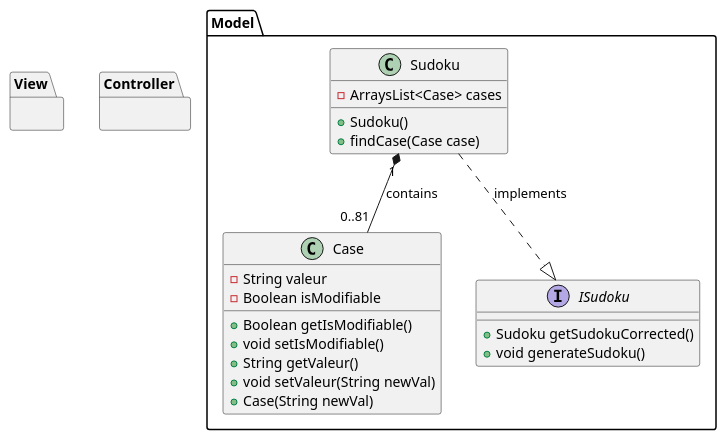
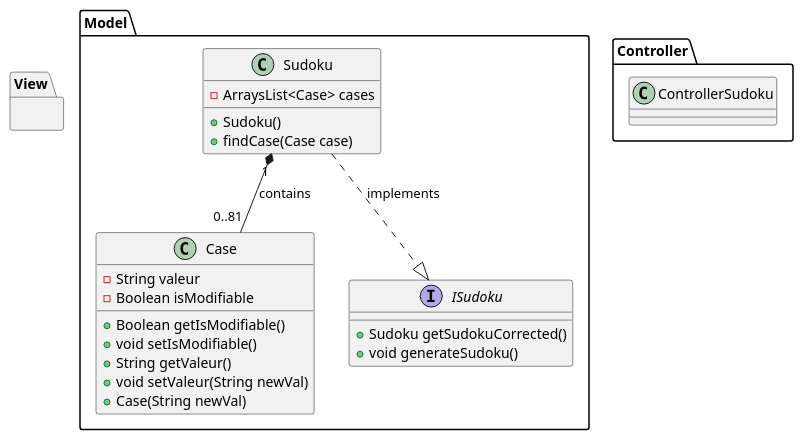
The diagram in UML.puml (tintin491/javaGestionTrain), drawn with PlantUML before and after one commit. The commit also changed 7 other files, not shown here.

Commit message:
Mise à jour architecture

```diff
--- a/UML.puml
+++ b/UML.puml
@@ -1,40 +1,41 @@
 @startuml
 'https://plantuml.com/sequence-diagram
 
 package "Model" {
     class Case{
         -String valeur
         -Boolean isModifiable
         +Boolean getIsModifiable()
         +void setIsModifiable()
         +String getValeur()
         +void setValeur(String newVal)
         +Case(String newVal)
     }
 
     class Sudoku{
         -ArraysList<Case> cases
         +Sudoku()
         +findCase(Case case)
     }
 
     interface ISudoku{
         +Sudoku getSudokuCorrected()
         +void generateSudoku()
     }
 }
 
 package "View"{
 
+
 }
 
 package "Controller"{
-
+    class ControllerSudoku
 }
 
 
 Sudoku "1" *-- "0..81" Case : contains
 Sudoku ..|> ISudoku : implements
 
 
 @enduml
```
